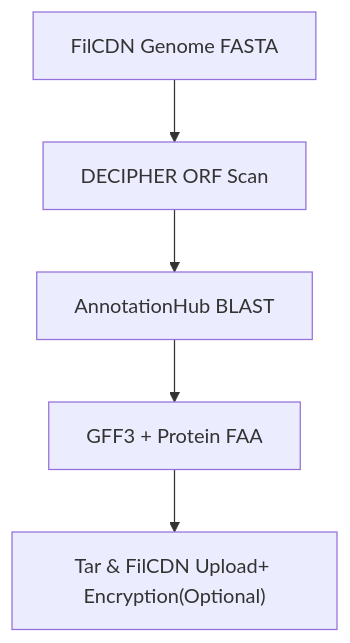
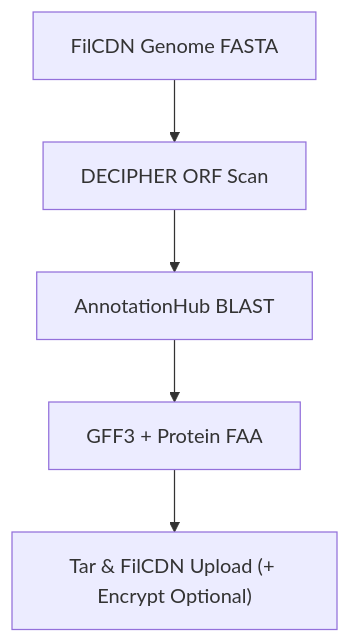
Before and after one commit to KintaGen/.github: the fourth of 10 diagrams in profile/README.md, drawn with Mermaid. The commit also changed other lines of this file, not shown here.

````diff
--- a/profile/README.md
+++ b/profile/README.md
@@ -173,7 +205,7 @@
 ```mermaid
 graph TD
     G1[FilCDN Genome FASTA] --> G2[DECIPHER ORF Scan]
     G2 --> G3[AnnotationHub BLAST]
     G3 --> G4[GFF3 + Protein FAA]
-    G4 --> G5["Tar & FilCDN Upload+ Encryption(Optional)"]
+    G4 --> G5["Tar & FilCDN Upload (+ Encrypt Optional)"]
 ```
````
